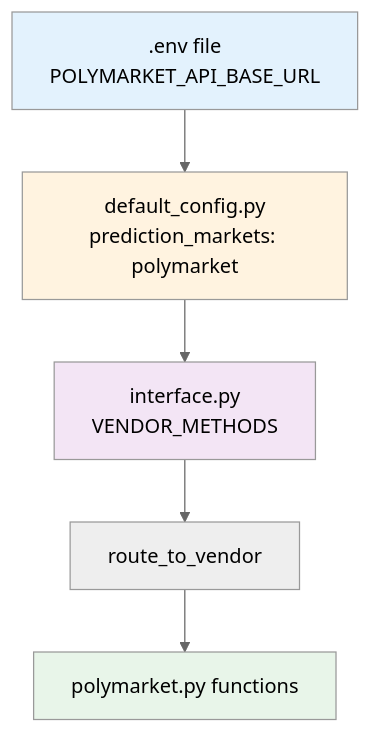
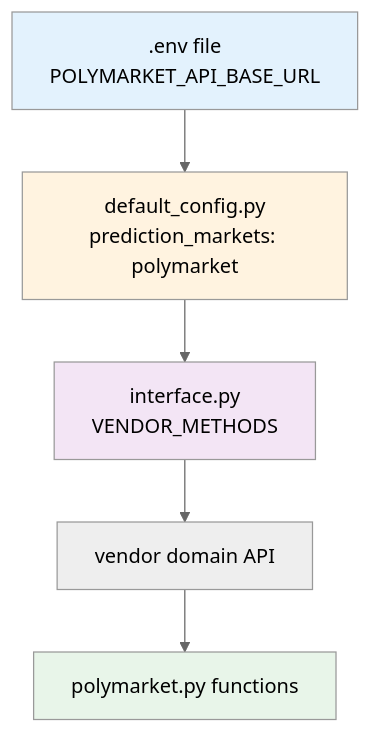
Before and after one commit to kourgeorge/flowdeck: the fourth of 10 diagrams in docs/POLYMARKET_ARCHITECTURE.md, drawn with Mermaid (neutral theme). The commit also changed 58 other files, not shown here.

First line of the commit message:
refactor: data layer architecture - single entry point for 3rd party data

````diff
--- a/docs/POLYMARKET_ARCHITECTURE.md
+++ b/docs/POLYMARKET_ARCHITECTURE.md
@@ -140,18 +140,18 @@
 ```mermaid
 graph TD
     ENV[.env file<br/>POLYMARKET_API_BASE_URL]
     DC[default_config.py<br/>prediction_markets: polymarket]
     INT[interface.py<br/>VENDOR_METHODS]
-    RT[route_to_vendor]
+    API[vendor domain API]
     PM[polymarket.py functions]
 
     ENV --> DC
     DC --> INT
-    INT --> RT
-    RT --> PM
+    INT --> API
+    API --> PM
 
     style ENV fill:#e3f2fd
     style DC fill:#fff3e0
     style INT fill:#f3e5f5
     style PM fill:#e8f5e9
 ```
````
